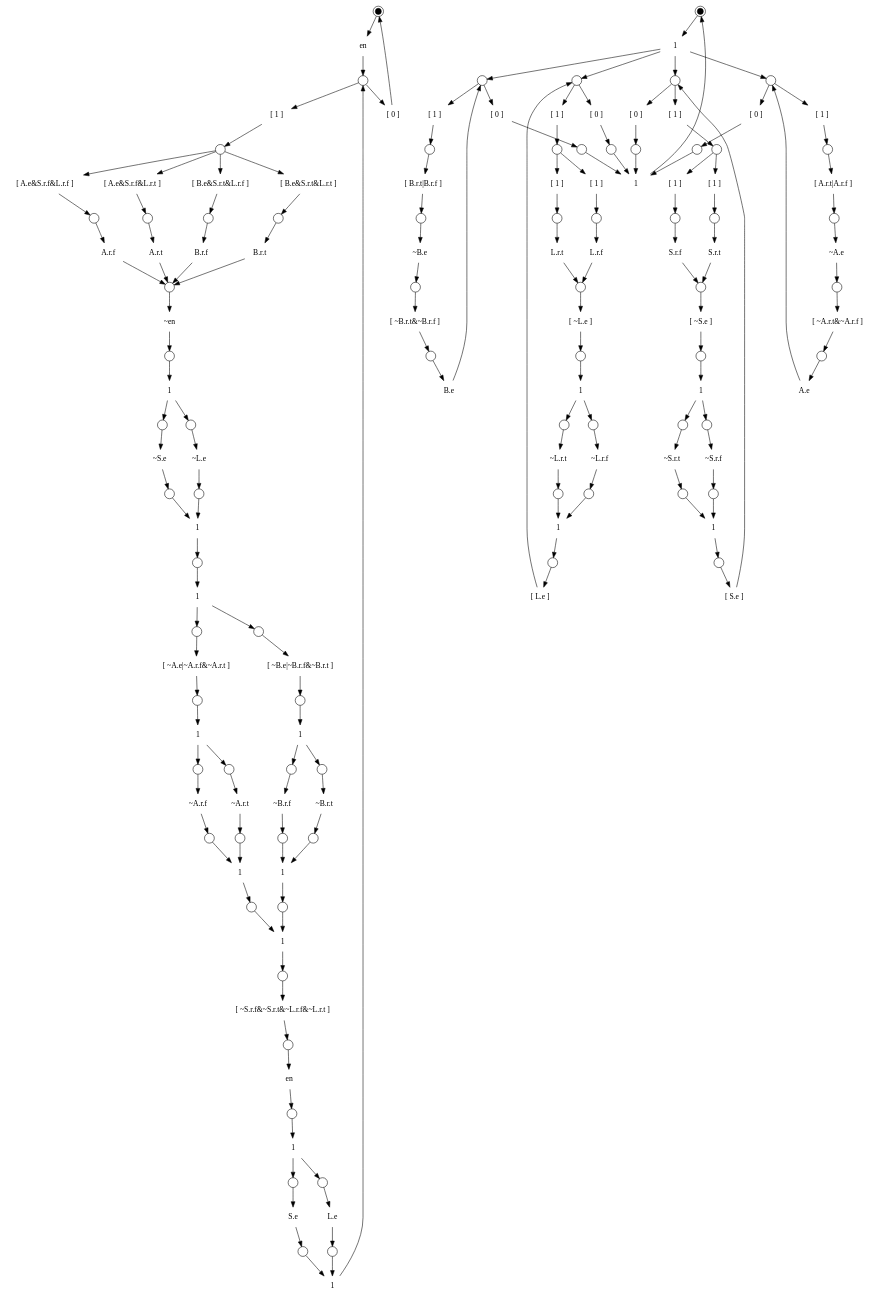
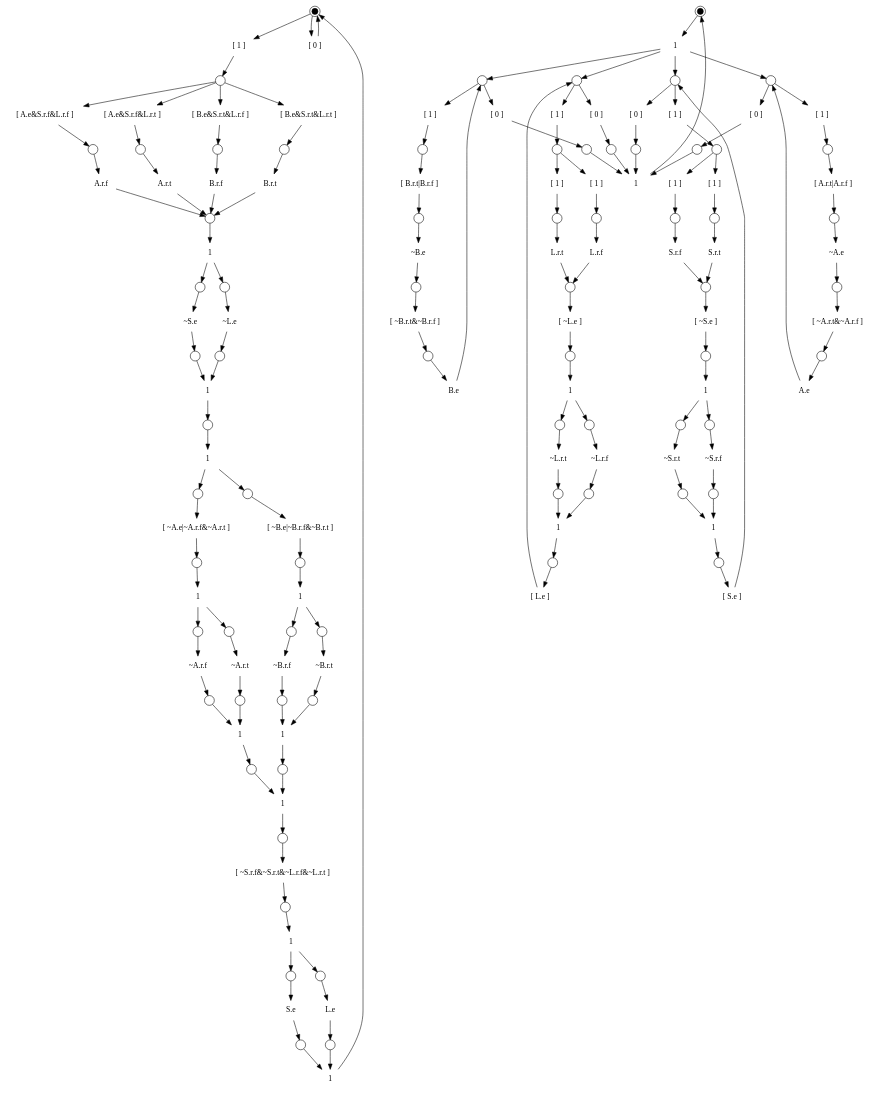
One commit to nbingham1/hse2prs changed the diagram in hse/pchb_split.dot. Above: the diagram before and after it, drawn with Graphviz. The commit also changed 15 other files, not shown here.

```diff
--- a/hse/pchb_split.dot
+++ b/hse/pchb_split.dot
@@ -2,65 +2,65 @@
 {
 	subgraph pchb_split
 	{
-		graph["label"="" "variables"="L.r.t,L.r.f,L.e,S.r.t,S.r.f,S.e,A.r.t,A.r.f,A.e,B.r.t,B.r.f,B.e,en" "type"="local" "elaborate"="true" "reset"="~L.r.t&~L.r.f&L.e&~S.r.t&~S.r.f&S.e&~A.r.t&~A.r.f&A.e&~B.r.t&~B.r.f&B.e"];
+		graph["label"="" "variables"="L.r.t,L.r.f,L.e,S.r.t,S.r.f,S.e,A.r.t,A.r.f,A.e,B.r.t,B.r.f,B.e" "type"="local" "elaborate"="true" "reset"="~L.r.t&~L.r.f&L.e&~S.r.t&~S.r.f&S.e&~A.r.t&~A.r.f&A.e&~B.r.t&~B.r.f&B.e"];
 		S0["shape"="circle" "width"="0.15" "peripheries"="2" "style"="filled" "fillcolor"="#000000" "label"=""];
-		T0["shape"="plaintext" "label"="en"];
+		T0["shape"="plaintext" "label"="[ 1 ]"];
 		S0->T0;
 		S1["shape"="circle" "width"="0.25" "label"=""];
 		T0->S1;
-		T1["shape"="plaintext" "label"="[ 1 ]"];
+		T1["shape"="plaintext" "label"="[ A.e&S.r.f&L.r.f ]"];
 		S1->T1;
 		S2["shape"="circle" "width"="0.25" "label"=""];
 		T1->S2;
-		T2["shape"="plaintext" "label"="[ A.e&S.r.f&L.r.f ]"];
+		T2["shape"="plaintext" "label"="A.r.f"];
 		S2->T2;
+		T3["shape"="plaintext" "label"="[ A.e&S.r.f&L.r.t ]"];
+		S1->T3;
 		S3["shape"="circle" "width"="0.25" "label"=""];
-		T2->S3;
-		T3["shape"="plaintext" "label"="A.r.f"];
-		S3->T3;
-		T4["shape"="plaintext" "label"="[ A.e&S.r.f&L.r.t ]"];
-		S2->T4;
+		T3->S3;
+		T4["shape"="plaintext" "label"="A.r.t"];
+		S3->T4;
+		T5["shape"="plaintext" "label"="[ B.e&S.r.t&L.r.f ]"];
+		S1->T5;
 		S4["shape"="circle" "width"="0.25" "label"=""];
-		T4->S4;
-		T5["shape"="plaintext" "label"="A.r.t"];
-		S4->T5;
-		T6["shape"="plaintext" "label"="[ B.e&S.r.t&L.r.f ]"];
-		S2->T6;
+		T5->S4;
+		T6["shape"="plaintext" "label"="B.r.f"];
+		S4->T6;
+		T7["shape"="plaintext" "label"="[ B.e&S.r.t&L.r.t ]"];
+		S1->T7;
 		S5["shape"="circle" "width"="0.25" "label"=""];
-		T6->S5;
-		T7["shape"="plaintext" "label"="B.r.f"];
-		S5->T7;
-		T8["shape"="plaintext" "label"="[ B.e&S.r.t&L.r.t ]"];
-		S2->T8;
+		T7->S5;
+		T8["shape"="plaintext" "label"="B.r.t"];
+		S5->T8;
 		S6["shape"="circle" "width"="0.25" "label"=""];
+		T2->S6;
+		T4->S6;
+		T6->S6;
 		T8->S6;
-		T9["shape"="plaintext" "label"="B.r.t"];
+		T9["shape"="plaintext" "label"="1"];
 		S6->T9;
 		S7["shape"="circle" "width"="0.25" "label"=""];
-		T3->S7;
-		T5->S7;
-		T7->S7;
 		T9->S7;
-		T10["shape"="plaintext" "label"="~en"];
+		T10["shape"="plaintext" "label"="~S.e"];
 		S7->T10;
 		S8["shape"="circle" "width"="0.25" "label"=""];
 		T10->S8;
-		T11["shape"="plaintext" "label"="1"];
-		S8->T11;
 		S9["shape"="circle" "width"="0.25" "label"=""];
-		T11->S9;
-		T12["shape"="plaintext" "label"="~S.e"];
-		S9->T12;
+		T9->S9;
+		T11["shape"="plaintext" "label"="~L.e"];
+		S9->T11;
 		S10["shape"="circle" "width"="0.25" "label"=""];
-		T12->S10;
+		T11->S10;
+		T12["shape"="plaintext" "label"="1"];
+		S8->T12;
+		S10->T12;
 		S11["shape"="circle" "width"="0.25" "label"=""];
-		T11->S11;
-		T13["shape"="plaintext" "label"="~L.e"];
+		T12->S11;
+		T13["shape"="plaintext" "label"="1"];
 		S11->T13;
 		S12["shape"="circle" "width"="0.25" "label"=""];
 		T13->S12;
-		T14["shape"="plaintext" "label"="1"];
-		S10->T14;
+		T14["shape"="plaintext" "label"="[ ~A.e|~A.r.f&~A.r.t ]"];
 		S12->T14;
 		S13["shape"="circle" "width"="0.25" "label"=""];
 		T14->S13;
@@ -68,252 +68,240 @@
 		S13->T15;
 		S14["shape"="circle" "width"="0.25" "label"=""];
 		T15->S14;
-		T16["shape"="plaintext" "label"="[ ~A.e|~A.r.f&~A.r.t ]"];
+		T16["shape"="plaintext" "label"="~A.r.f"];
 		S14->T16;
 		S15["shape"="circle" "width"="0.25" "label"=""];
 		T16->S15;
-		T17["shape"="plaintext" "label"="1"];
-		S15->T17;
 		S16["shape"="circle" "width"="0.25" "label"=""];
-		T17->S16;
-		T18["shape"="plaintext" "label"="~A.r.f"];
-		S16->T18;
+		T15->S16;
+		T17["shape"="plaintext" "label"="~A.r.t"];
+		S16->T17;
 		S17["shape"="circle" "width"="0.25" "label"=""];
-		T18->S17;
+		T17->S17;
+		T18["shape"="plaintext" "label"="1"];
+		S15->T18;
+		S17->T18;
 		S18["shape"="circle" "width"="0.25" "label"=""];
-		T17->S18;
-		T19["shape"="plaintext" "label"="~A.r.t"];
-		S18->T19;
+		T18->S18;
 		S19["shape"="circle" "width"="0.25" "label"=""];
-		T19->S19;
+		T13->S19;
+		T19["shape"="plaintext" "label"="[ ~B.e|~B.r.f&~B.r.t ]"];
+		S19->T19;
+		S20["shape"="circle" "width"="0.25" "label"=""];
+		T19->S20;
 		T20["shape"="plaintext" "label"="1"];
-		S17->T20;
-		S19->T20;
-		S20["shape"="circle" "width"="0.25" "label"=""];
-		T20->S20;
+		S20->T20;
 		S21["shape"="circle" "width"="0.25" "label"=""];
-		T15->S21;
-		T21["shape"="plaintext" "label"="[ ~B.e|~B.r.f&~B.r.t ]"];
+		T20->S21;
+		T21["shape"="plaintext" "label"="~B.r.f"];
 		S21->T21;
 		S22["shape"="circle" "width"="0.25" "label"=""];
 		T21->S22;
-		T22["shape"="plaintext" "label"="1"];
-		S22->T22;
 		S23["shape"="circle" "width"="0.25" "label"=""];
-		T22->S23;
-		T23["shape"="plaintext" "label"="~B.r.f"];
-		S23->T23;
+		T20->S23;
+		T22["shape"="plaintext" "label"="~B.r.t"];
+		S23->T22;
 		S24["shape"="circle" "width"="0.25" "label"=""];
-		T23->S24;
+		T22->S24;
+		T23["shape"="plaintext" "label"="1"];
+		S22->T23;
+		S24->T23;
 		S25["shape"="circle" "width"="0.25" "label"=""];
-		T22->S25;
-		T24["shape"="plaintext" "label"="~B.r.t"];
+		T23->S25;
+		T24["shape"="plaintext" "label"="1"];
+		S18->T24;
 		S25->T24;
 		S26["shape"="circle" "width"="0.25" "label"=""];
 		T24->S26;
-		T25["shape"="plaintext" "label"="1"];
-		S24->T25;
+		T25["shape"="plaintext" "label"="[ ~S.r.f&~S.r.t&~L.r.f&~L.r.t ]"];
 		S26->T25;
 		S27["shape"="circle" "width"="0.25" "label"=""];
 		T25->S27;
 		T26["shape"="plaintext" "label"="1"];
-		S20->T26;
 		S27->T26;
 		S28["shape"="circle" "width"="0.25" "label"=""];
 		T26->S28;
-		T27["shape"="plaintext" "label"="[ ~S.r.f&~S.r.t&~L.r.f&~L.r.t ]"];
+		T27["shape"="plaintext" "label"="S.e"];
 		S28->T27;
 		S29["shape"="circle" "width"="0.25" "label"=""];
 		T27->S29;
-		T28["shape"="plaintext" "label"="en"];
-		S29->T28;
 		S30["shape"="circle" "width"="0.25" "label"=""];
-		T28->S30;
+		T26->S30;
+		T28["shape"="plaintext" "label"="L.e"];
+		S30->T28;
+		S31["shape"="circle" "width"="0.25" "label"=""];
+		T28->S31;
 		T29["shape"="plaintext" "label"="1"];
-		S30->T29;
-		S31["shape"="circle" "width"="0.25" "label"=""];
-		T29->S31;
-		T30["shape"="plaintext" "label"="S.e"];
-		S31->T30;
-		S32["shape"="circle" "width"="0.25" "label"=""];
-		T30->S32;
-		S33["shape"="circle" "width"="0.25" "label"=""];
-		T29->S33;
-		T31["shape"="plaintext" "label"="L.e"];
-		S33->T31;
-		S34["shape"="circle" "width"="0.25" "label"=""];
-		T31->S34;
-		T32["shape"="plaintext" "label"="1"];
-		S32->T32;
-		S34->T32;
-		T32->S1;
-		T33["shape"="plaintext" "label"="[ 0 ]"];
-		S1->T33;
-		T33->S0;
+		S29->T29;
+		S31->T29;
+		T29->S0;
+		T30["shape"="plaintext" "label"="[ 0 ]"];
+		S0->T30;
+		T30->S0;
 	}
 	subgraph environment
 	{
 		graph["label"="" "variables"="L.r.t,L.r.f,L.e,S.r.t,S.r.f,S.e,A.r.t,A.r.f,A.e,B.r.t,B.r.f,B.e" "type"="remote" "elaborate"="false" "reset"="~L.r.t&~L.r.f&L.e&~S.r.t&~S.r.f&S.e&~A.r.t&~A.r.f&A.e&~B.r.t&~B.r.f&B.e"];
-		S35["shape"="circle" "width"="0.15" "peripheries"="2" "style"="filled" "fillcolor"="#000000" "label"=""];
-		T34["shape"="plaintext" "label"="1"];
+		S32["shape"="circle" "width"="0.15" "peripheries"="2" "style"="filled" "fillcolor"="#000000" "label"=""];
+		T31["shape"="plaintext" "label"="1"];
+		S32->T31;
+		S33["shape"="circle" "width"="0.25" "label"=""];
+		T31->S33;
+		T32["shape"="plaintext" "label"="[ 1 ]"];
+		S33->T32;
+		S34["shape"="circle" "width"="0.25" "label"=""];
+		T32->S34;
+		T33["shape"="plaintext" "label"="[ A.r.t|A.r.f ]"];
+		S34->T33;
+		S35["shape"="circle" "width"="0.25" "label"=""];
+		T33->S35;
+		T34["shape"="plaintext" "label"="~A.e"];
 		S35->T34;
 		S36["shape"="circle" "width"="0.25" "label"=""];
 		T34->S36;
-		T35["shape"="plaintext" "label"="[ 1 ]"];
+		T35["shape"="plaintext" "label"="[ ~A.r.t&~A.r.f ]"];
 		S36->T35;
 		S37["shape"="circle" "width"="0.25" "label"=""];
 		T35->S37;
-		T36["shape"="plaintext" "label"="[ A.r.t|A.r.f ]"];
+		T36["shape"="plaintext" "label"="A.e"];
 		S37->T36;
+		T36->S33;
+		T37["shape"="plaintext" "label"="[ 0 ]"];
+		S33->T37;
 		S38["shape"="circle" "width"="0.25" "label"=""];
-		T36->S38;
-		T37["shape"="plaintext" "label"="~A.e"];
-		S38->T37;
+		T37->S38;
 		S39["shape"="circle" "width"="0.25" "label"=""];
-		T37->S39;
-		T38["shape"="plaintext" "label"="[ ~A.r.t&~A.r.f ]"];
+		T31->S39;
+		T38["shape"="plaintext" "label"="[ 1 ]"];
 		S39->T38;
 		S40["shape"="circle" "width"="0.25" "label"=""];
 		T38->S40;
-		T39["shape"="plaintext" "label"="A.e"];
+		T39["shape"="plaintext" "label"="[ B.r.t|B.r.f ]"];
 		S40->T39;
-		T39->S36;
-		T40["shape"="plaintext" "label"="[ 0 ]"];
-		S36->T40;
 		S41["shape"="circle" "width"="0.25" "label"=""];
-		T40->S41;
+		T39->S41;
+		T40["shape"="plaintext" "label"="~B.e"];
+		S41->T40;
 		S42["shape"="circle" "width"="0.25" "label"=""];
-		T34->S42;
-		T41["shape"="plaintext" "label"="[ 1 ]"];
+		T40->S42;
+		T41["shape"="plaintext" "label"="[ ~B.r.t&~B.r.f ]"];
 		S42->T41;
 		S43["shape"="circle" "width"="0.25" "label"=""];
 		T41->S43;
-		T42["shape"="plaintext" "label"="[ B.r.t|B.r.f ]"];
+		T42["shape"="plaintext" "label"="B.e"];
 		S43->T42;
+		T42->S39;
+		T43["shape"="plaintext" "label"="[ 0 ]"];
+		S39->T43;
 		S44["shape"="circle" "width"="0.25" "label"=""];
-		T42->S44;
-		T43["shape"="plaintext" "label"="~B.e"];
-		S44->T43;
+		T43->S44;
 		S45["shape"="circle" "width"="0.25" "label"=""];
-		T43->S45;
-		T44["shape"="plaintext" "label"="[ ~B.r.t&~B.r.f ]"];
+		T31->S45;
+		T44["shape"="plaintext" "label"="[ 1 ]"];
 		S45->T44;
 		S46["shape"="circle" "width"="0.25" "label"=""];
 		T44->S46;
-		T45["shape"="plaintext" "label"="B.e"];
+		T45["shape"="plaintext" "label"="[ 1 ]"];
 		S46->T45;
-		T45->S42;
-		T46["shape"="plaintext" "label"="[ 0 ]"];
-		S42->T46;
 		S47["shape"="circle" "width"="0.25" "label"=""];
-		T46->S47;
+		T45->S47;
+		T46["shape"="plaintext" "label"="L.r.t"];
+		S47->T46;
+		T47["shape"="plaintext" "label"="[ 1 ]"];
+		S46->T47;
 		S48["shape"="circle" "width"="0.25" "label"=""];
-		T34->S48;
-		T47["shape"="plaintext" "label"="[ 1 ]"];
-		S48->T47;
+		T47->S48;
+		T48["shape"="plaintext" "label"="L.r.f"];
+		S48->T48;
 		S49["shape"="circle" "width"="0.25" "label"=""];
-		T47->S49;
-		T48["shape"="plaintext" "label"="[ 1 ]"];
-		S49->T48;
+		T46->S49;
+		T48->S49;
+		T49["shape"="plaintext" "label"="[ ~L.e ]"];
+		S49->T49;
 		S50["shape"="circle" "width"="0.25" "label"=""];
-		T48->S50;
-		T49["shape"="plaintext" "label"="L.r.t"];
-		S50->T49;
-		T50["shape"="plaintext" "label"="[ 1 ]"];
-		S49->T50;
+		T49->S50;
+		T50["shape"="plaintext" "label"="1"];
+		S50->T50;
 		S51["shape"="circle" "width"="0.25" "label"=""];
 		T50->S51;
-		T51["shape"="plaintext" "label"="L.r.f"];
+		T51["shape"="plaintext" "label"="~L.r.t"];
 		S51->T51;
 		S52["shape"="circle" "width"="0.25" "label"=""];
-		T49->S52;
 		T51->S52;
-		T52["shape"="plaintext" "label"="[ ~L.e ]"];
-		S52->T52;
 		S53["shape"="circle" "width"="0.25" "label"=""];
-		T52->S53;
+		T50->S53;
+		T52["shape"="plaintext" "label"="~L.r.f"];
+		S53->T52;
+		S54["shape"="circle" "width"="0.25" "label"=""];
+		T52->S54;
 		T53["shape"="plaintext" "label"="1"];
-		S53->T53;
-		S54["shape"="circle" "width"="0.25" "label"=""];
-		T53->S54;
-		T54["shape"="plaintext" "label"="~L.r.t"];
-		S54->T54;
+		S52->T53;
+		S54->T53;
 		S55["shape"="circle" "width"="0.25" "label"=""];
-		T54->S55;
+		T53->S55;
+		T54["shape"="plaintext" "label"="[ L.e ]"];
+		S55->T54;
+		T54->S45;
+		T55["shape"="plaintext" "label"="[ 0 ]"];
+		S45->T55;
 		S56["shape"="circle" "width"="0.25" "label"=""];
-		T53->S56;
-		T55["shape"="plaintext" "label"="~L.r.f"];
-		S56->T55;
+		T55->S56;
 		S57["shape"="circle" "width"="0.25" "label"=""];
-		T55->S57;
-		T56["shape"="plaintext" "label"="1"];
-		S55->T56;
+		T31->S57;
+		T56["shape"="plaintext" "label"="[ 1 ]"];
 		S57->T56;
 		S58["shape"="circle" "width"="0.25" "label"=""];
 		T56->S58;
-		T57["shape"="plaintext" "label"="[ L.e ]"];
+		T57["shape"="plaintext" "label"="[ 1 ]"];
 		S58->T57;
-		T57->S48;
-		T58["shape"="plaintext" "label"="[ 0 ]"];
-		S48->T58;
 		S59["shape"="circle" "width"="0.25" "label"=""];
-		T58->S59;
+		T57->S59;
+		T58["shape"="plaintext" "label"="S.r.t"];
+		S59->T58;
+		T59["shape"="plaintext" "label"="[ 1 ]"];
+		S58->T59;
 		S60["shape"="circle" "width"="0.25" "label"=""];
-		T34->S60;
-		T59["shape"="plaintext" "label"="[ 1 ]"];
-		S60->T59;
+		T59->S60;
+		T60["shape"="plaintext" "label"="S.r.f"];
+		S60->T60;
 		S61["shape"="circle" "width"="0.25" "label"=""];
-		T59->S61;
-		T60["shape"="plaintext" "label"="[ 1 ]"];
-		S61->T60;
+		T58->S61;
+		T60->S61;
+		T61["shape"="plaintext" "label"="[ ~S.e ]"];
+		S61->T61;
 		S62["shape"="circle" "width"="0.25" "label"=""];
-		T60->S62;
-		T61["shape"="plaintext" "label"="S.r.t"];
-		S62->T61;
-		T62["shape"="plaintext" "label"="[ 1 ]"];
-		S61->T62;
+		T61->S62;
+		T62["shape"="plaintext" "label"="1"];
+		S62->T62;
 		S63["shape"="circle" "width"="0.25" "label"=""];
 		T62->S63;
-		T63["shape"="plaintext" "label"="S.r.f"];
+		T63["shape"="plaintext" "label"="~S.r.t"];
 		S63->T63;
 		S64["shape"="circle" "width"="0.25" "label"=""];
-		T61->S64;
 		T63->S64;
-		T64["shape"="plaintext" "label"="[ ~S.e ]"];
-		S64->T64;
 		S65["shape"="circle" "width"="0.25" "label"=""];
-		T64->S65;
+		T62->S65;
+		T64["shape"="plaintext" "label"="~S.r.f"];
+		S65->T64;
+		S66["shape"="circle" "width"="0.25" "label"=""];
+		T64->S66;
 		T65["shape"="plaintext" "label"="1"];
-		S65->T65;
-		S66["shape"="circle" "width"="0.25" "label"=""];
-		T65->S66;
-		T66["shape"="plaintext" "label"="~S.r.t"];
-		S66->T66;
+		S64->T65;
+		S66->T65;
 		S67["shape"="circle" "width"="0.25" "label"=""];
-		T66->S67;
+		T65->S67;
+		T66["shape"="plaintext" "label"="[ S.e ]"];
+		S67->T66;
+		T66->S57;
+		T67["shape"="plaintext" "label"="[ 0 ]"];
+		S57->T67;
 		S68["shape"="circle" "width"="0.25" "label"=""];
-		T65->S68;
-		T67["shape"="plaintext" "label"="~S.r.f"];
-		S68->T67;
-		S69["shape"="circle" "width"="0.25" "label"=""];
-		T67->S69;
+		T67->S68;
 		T68["shape"="plaintext" "label"="1"];
-		S67->T68;
-		S69->T68;
-		S70["shape"="circle" "width"="0.25" "label"=""];
-		T68->S70;
-		T69["shape"="plaintext" "label"="[ S.e ]"];
-		S70->T69;
-		T69->S60;
-		T70["shape"="plaintext" "label"="[ 0 ]"];
-		S60->T70;
-		S71["shape"="circle" "width"="0.25" "label"=""];
-		T70->S71;
-		T71["shape"="plaintext" "label"="1"];
-		S41->T71;
-		S47->T71;
-		S59->T71;
-		S71->T71;
-		T71->S35;
+		S38->T68;
+		S44->T68;
+		S56->T68;
+		S68->T68;
+		T68->S32;
 	}
 }
```
